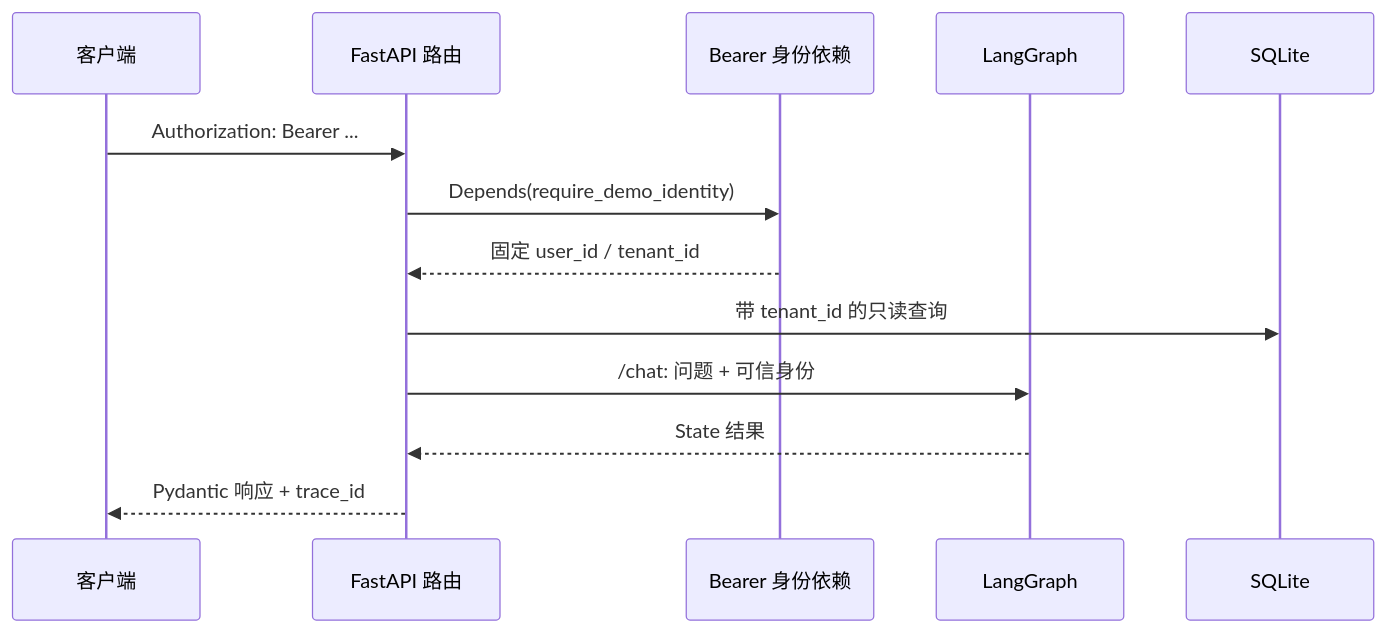
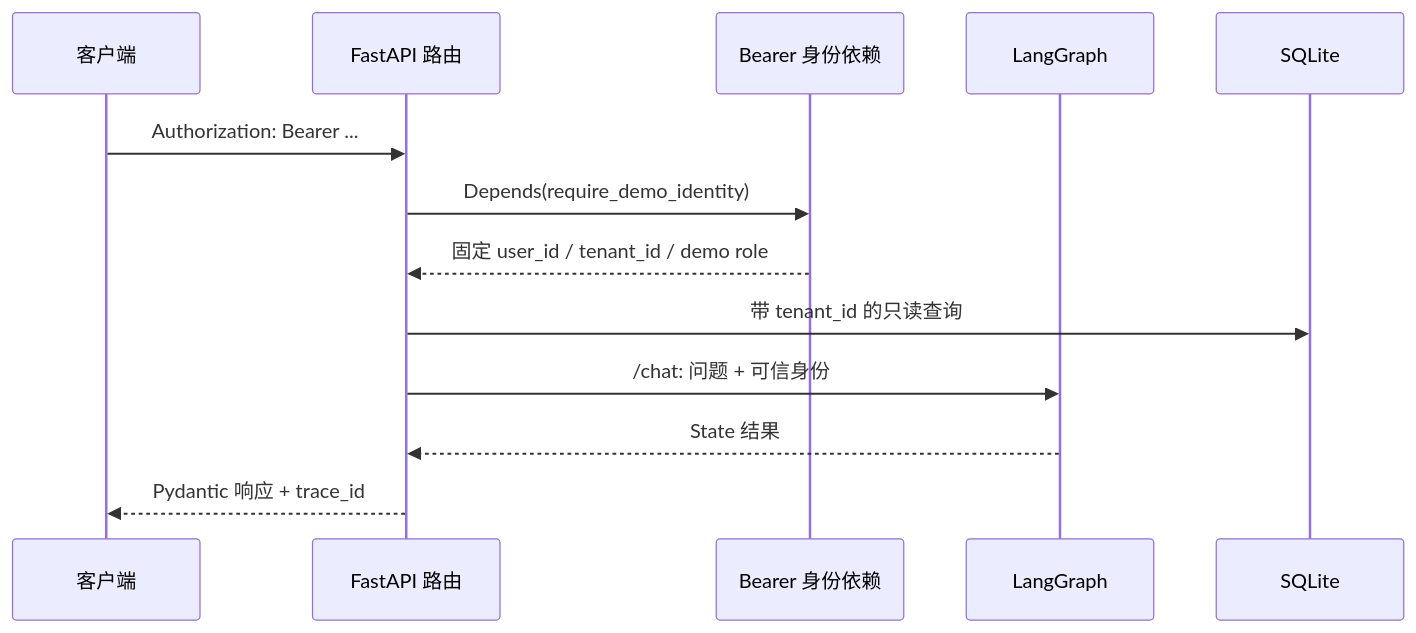
The diagram in docs/learning/fastapi.md (KaelLee335/enterprise-support-agent-v2), drawn with Mermaid before and after one commit. The commit also changed other lines of this file and 44 other files, not shown here.

Commit message:
feat: add V2.1 demo approver and mock logistics flow

````diff
--- a/docs/learning/fastapi.md
+++ b/docs/learning/fastapi.md
@@ -7,15 +7,15 @@
 ```mermaid
 sequenceDiagram
   participant C as 客户端
   participant F as FastAPI 路由
   participant A as Bearer 身份依赖
   participant G as LangGraph
   participant D as SQLite
   C->>F: Authorization: Bearer ...
   F->>A: Depends(require_demo_identity)
-  A-->>F: 固定 user_id / tenant_id
+  A-->>F: 固定 user_id / tenant_id / demo role
   F->>D: 带 tenant_id 的只读查询
   F->>G: /chat: 问题 + 可信身份
   G-->>F: State 结果
   F-->>C: Pydantic 响应 + trace_id
 ```
````
